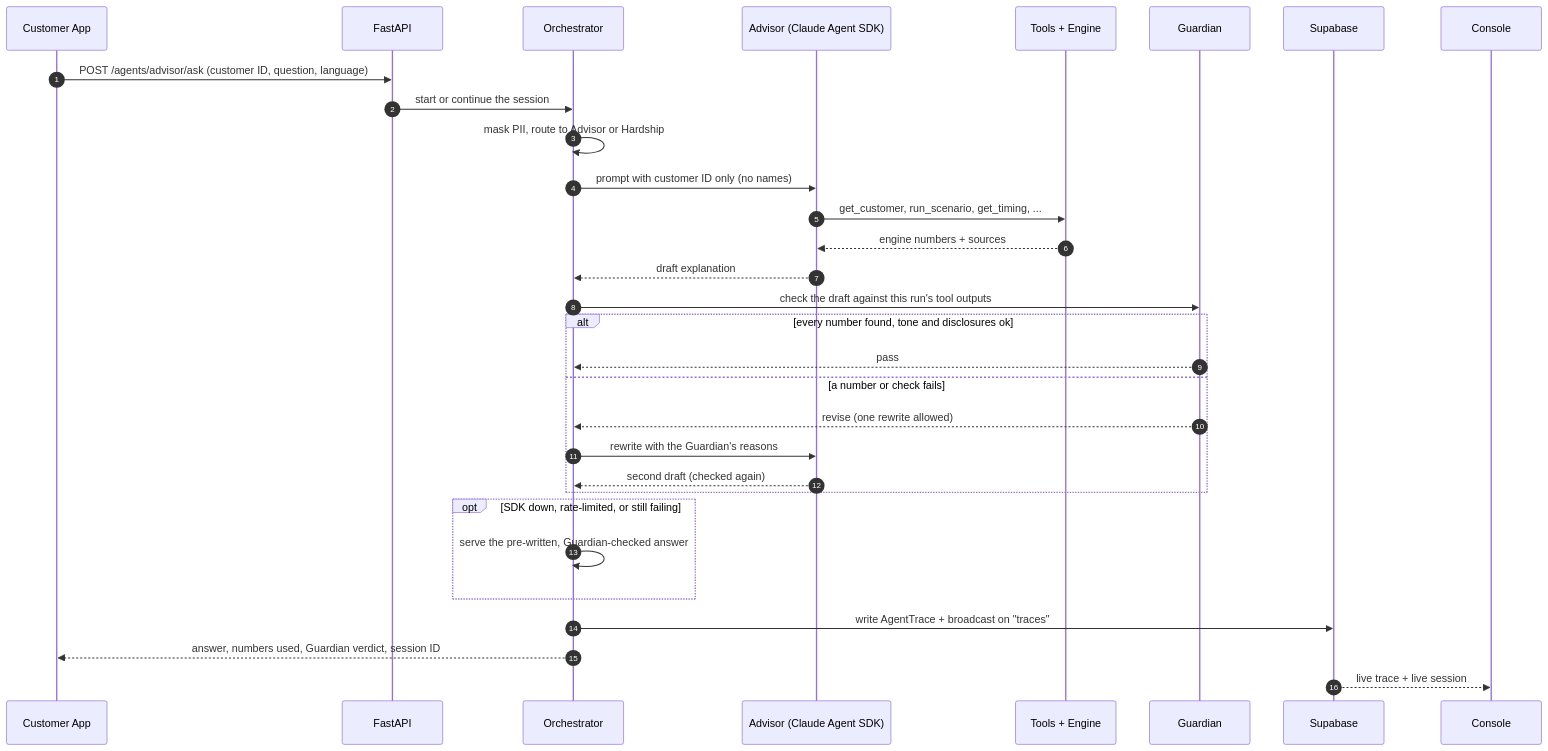
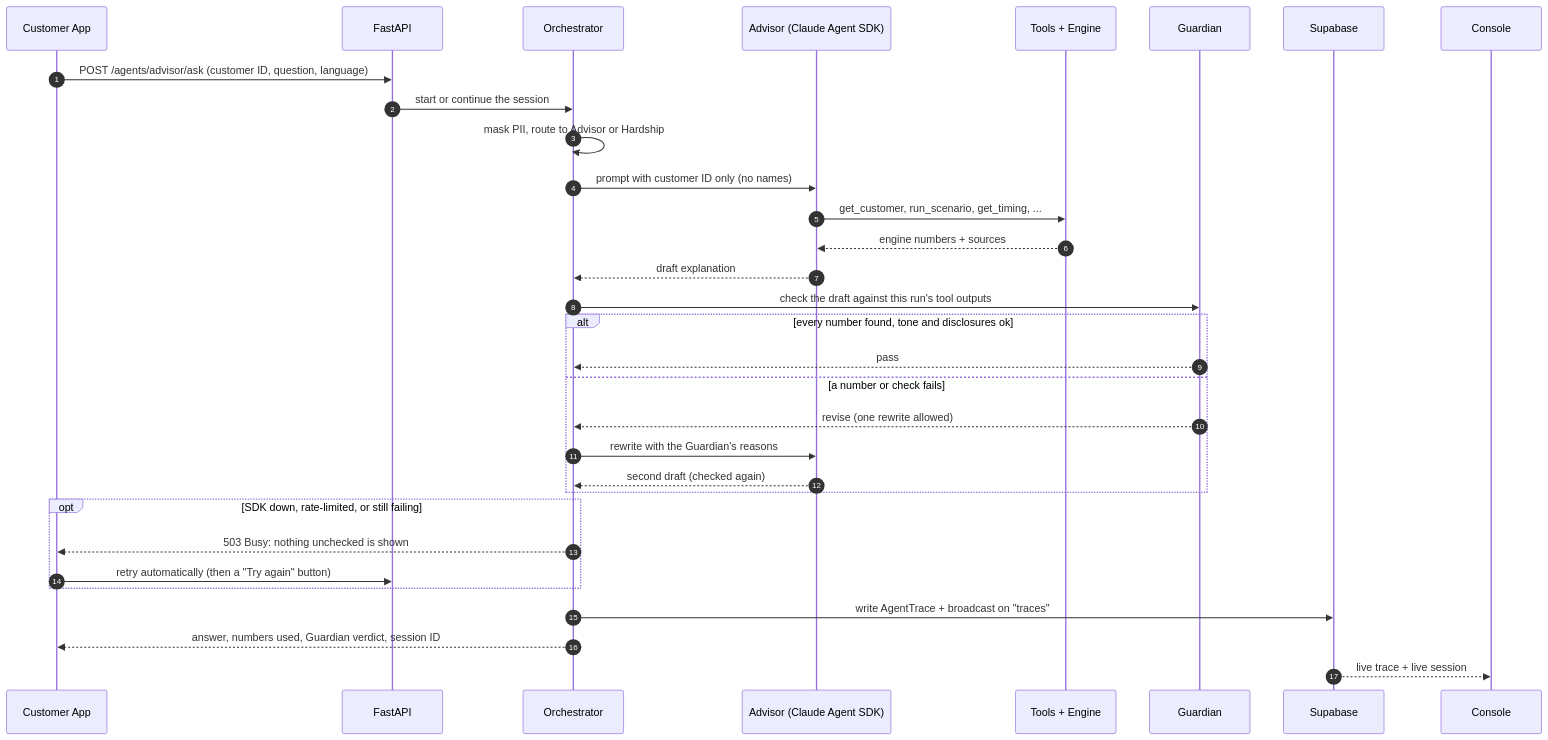
Before and after one commit to vishvacyber/toyota-nextmove: the third of 8 diagrams in README.md, drawn with Mermaid. The commit also changed other lines of this file and 43 other files, not shown here.

````diff
--- a/README.md
+++ b/README.md
@@ -170,33 +170,34 @@
 ```mermaid
 sequenceDiagram
   autonumber
   participant C as Customer App
   participant API as FastAPI
   participant O as Orchestrator
   participant A as Advisor (Claude Agent SDK)
   participant T as Tools + Engine
   participant G as Guardian
   participant S as Supabase
 
   C->>API: POST /agents/advisor/ask (customer ID, question, language)
   API->>O: start or continue the session
   O->>O: mask PII, route to Advisor or Hardship
   O->>A: prompt with customer ID only (no names)
   A->>T: get_customer, run_scenario, get_timing, ...
   T-->>A: engine numbers + sources
   A-->>O: draft explanation
   O->>G: check the draft against this run's tool outputs
   alt every number found, tone and disclosures ok
     G-->>O: pass
   else a number or check fails
     G-->>O: revise (one rewrite allowed)
     O->>A: rewrite with the Guardian's reasons
     A-->>O: second draft (checked again)
   end
   opt SDK down, rate-limited, or still failing
-    O->>O: serve the pre-written, Guardian-checked answer
+    O-->>C: 503 Busy: nothing unchecked is shown
+    C->>API: retry automatically (then a "Try again" button)
   end
   O->>S: write AgentTrace + broadcast on "traces"
   O-->>C: answer, numbers used, Guardian verdict, session ID
   S-->>Console: live trace + live session
 ```
````
